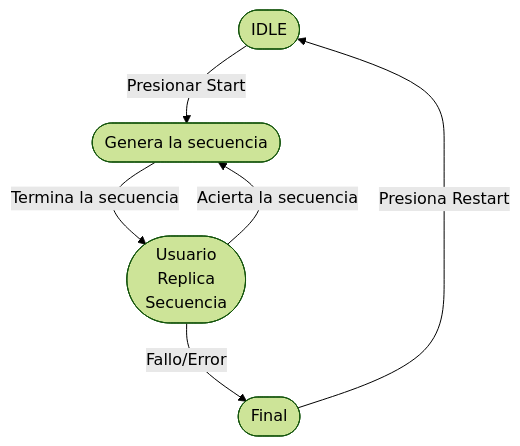
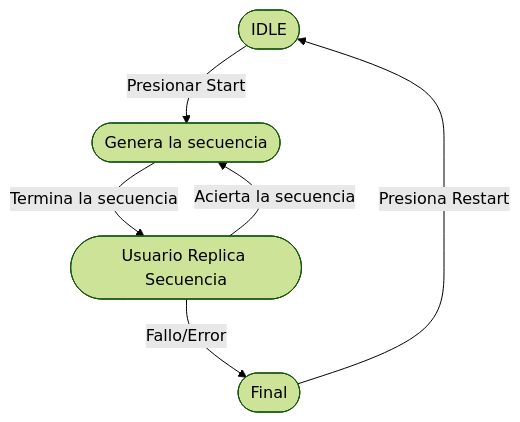
One commit to KarlyF-AS/SimonMeDijo changed the diagram in Readme.md. Above: the diagram before and after it, drawn with Mermaid (forest theme). The commit also changed other lines of this file, not shown here.

````diff
--- a/Readme.md
+++ b/Readme.md
@@ -1,10 +9,8 @@
 ```mermaid
 flowchart TD
     A(["IDLE"]) -- Presionar Start --> B(["Genera la secuencia"])
-    B -- Termina la secuencia --> C(["Usuario
-            Replica
-            Secuencia"])
+    B -- Termina la secuencia --> C(["Usuario Replica Secuencia"])
     C -- Fallo/Error --> E(["Final"])
     C -- Acierta la secuencia --> B
     E -- Presiona Restart --> A
 ```
````
